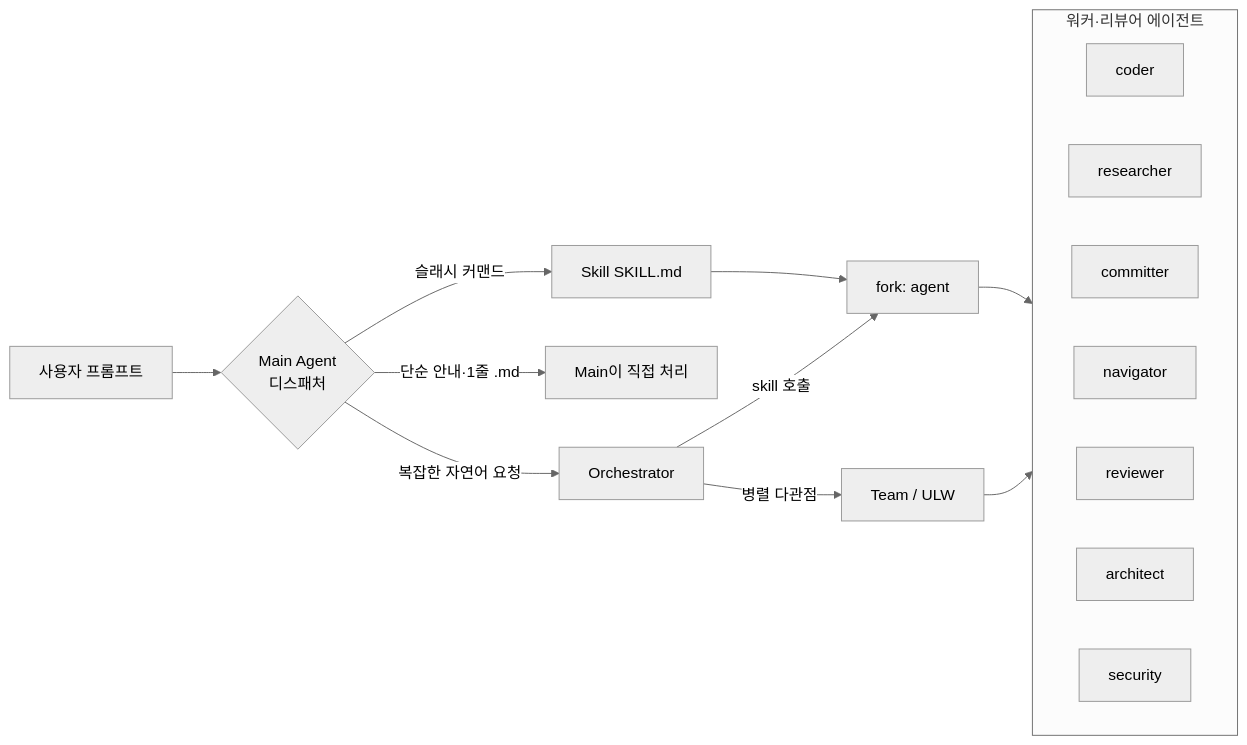
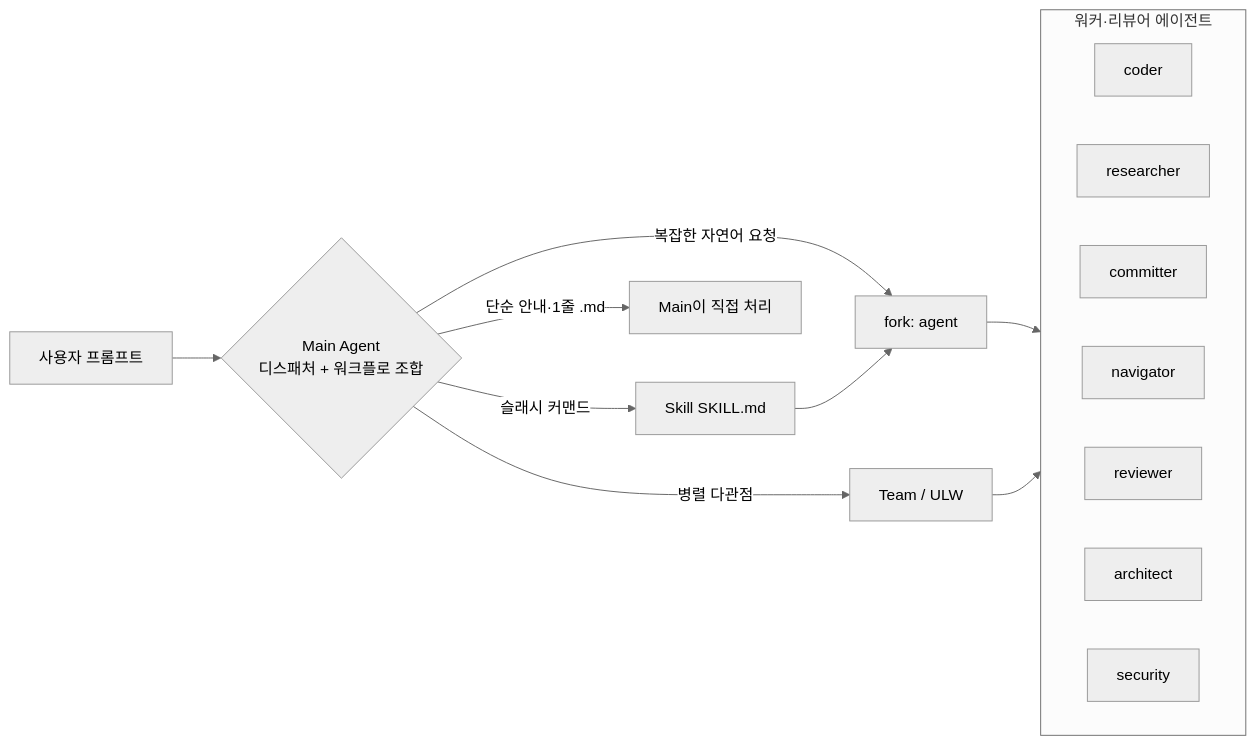
One commit to Hoodcat2255/hoodcat-harness changed the first of 11 diagrams in docs/prompt-flow-after-cleanup-20260522.md. Above: the diagram before and after it, drawn with Mermaid (neutral theme). The commit also changed other lines of this file and 25 other files, not shown here.

````diff
--- a/docs/prompt-flow-after-cleanup-20260522.md
+++ b/docs/prompt-flow-after-cleanup-20260522.md
@@ -10,23 +10,22 @@
 ```mermaid
 flowchart LR
-    U[사용자 프롬프트] --> M{Main Agent<br/>디스패처}
+    U[사용자 프롬프트] --> M{Main Agent<br/>디스패처 + 워크플로 조합}
     M -->|슬래시 커맨드| SK[Skill SKILL.md]
     M -->|단순 안내·1줄 .md| MD[Main이 직접 처리]
-    M -->|복잡한 자연어 요청| O[Orchestrator]
-    SK --> W1[fork: agent]
-    O -->|skill 호출| W1
-    O -->|병렬 다관점| TM[Team / ULW]
+    M -->|복잡한 자연어 요청| W1[fork: agent]
+    M -->|병렬 다관점| TM[Team / ULW]
+    SK --> W1
     W1 --> Agents
     TM --> Agents
 
     subgraph Agents [워커·리뷰어 에이전트]
         direction LR
         Coder[coder]
         Researcher[researcher]
         Committer[committer]
         Navigator[navigator]
         Reviewer[reviewer]
         Architect[architect]
         Security[security]
     end
 ```
````
